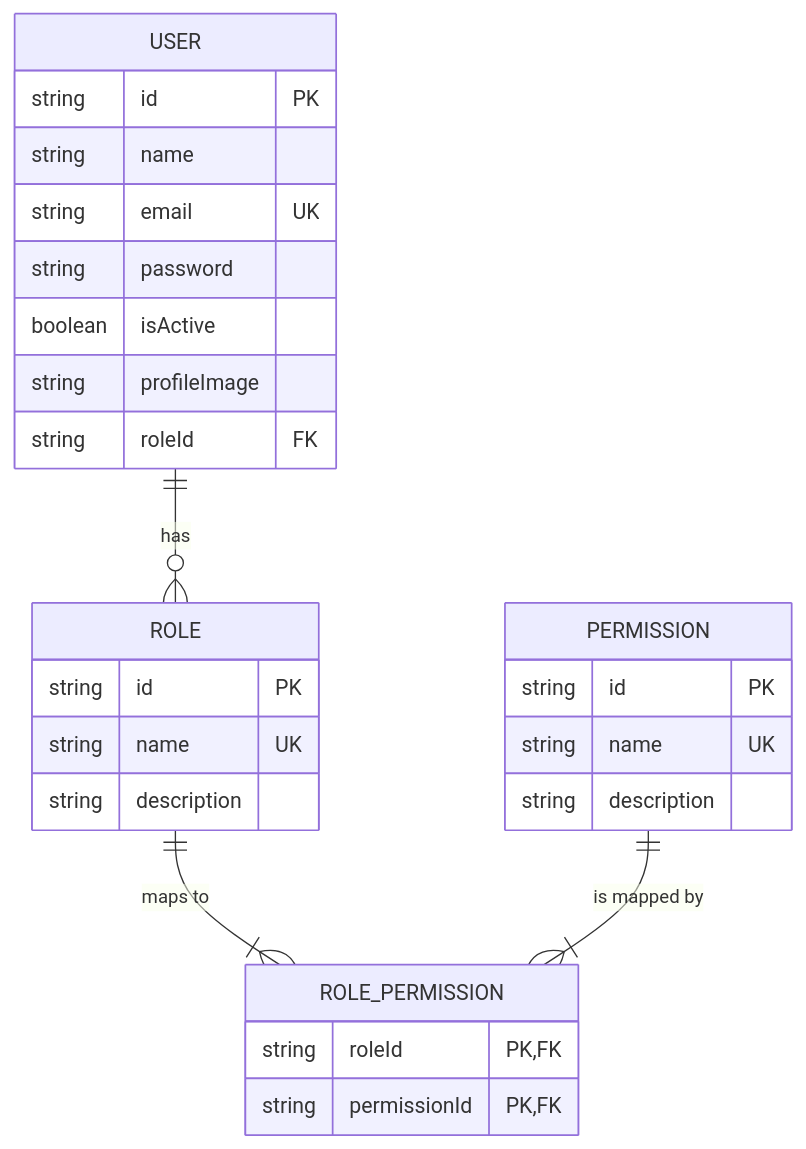
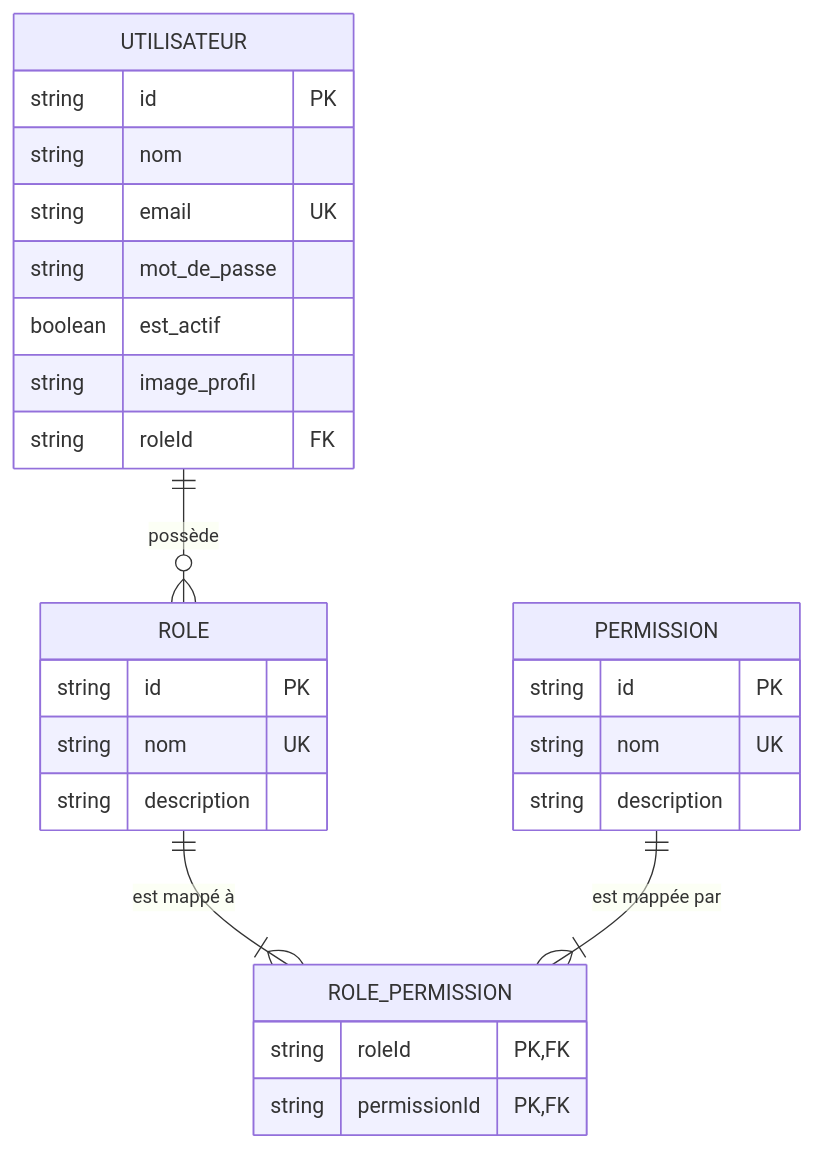
One commit to HarcheSamir/esisba-lirmm-ecommerce changed the second of 10 diagrams in MVP.md. Above: the diagram before and after it, drawn with Mermaid. The commit also changed other lines of this file, not shown here.

````diff
--- a/MVP.md
+++ b/MVP.md
@@ -251,30 +255,30 @@
     ```mermaid
     erDiagram
-        USER {
+        UTILISATEUR {
             string id PK
-            string name
+            string nom
             string email UK
-            string password
-            boolean isActive
-            string profileImage
+            string mot_de_passe
+            boolean est_actif
+            string image_profil
             string roleId FK
         }
         ROLE {
             string id PK
-            string name UK
+            string nom UK
             string description
         }
         PERMISSION {
             string id PK
-            string name UK
+            string nom UK
             string description
         }
         ROLE_PERMISSION {
             string roleId PK, FK
             string permissionId PK, FK
         }
 
-        USER ||--o{ ROLE : "has"
-        ROLE ||--|{ ROLE_PERMISSION : "maps to"
-        PERMISSION ||--|{ ROLE_PERMISSION : "is mapped by"
+        UTILISATEUR ||--o{ ROLE : "possède"
+        ROLE ||--|{ ROLE_PERMISSION : "est mappé à"
+        PERMISSION ||--|{ ROLE_PERMISSION : "est mappée par"
     ```
````
